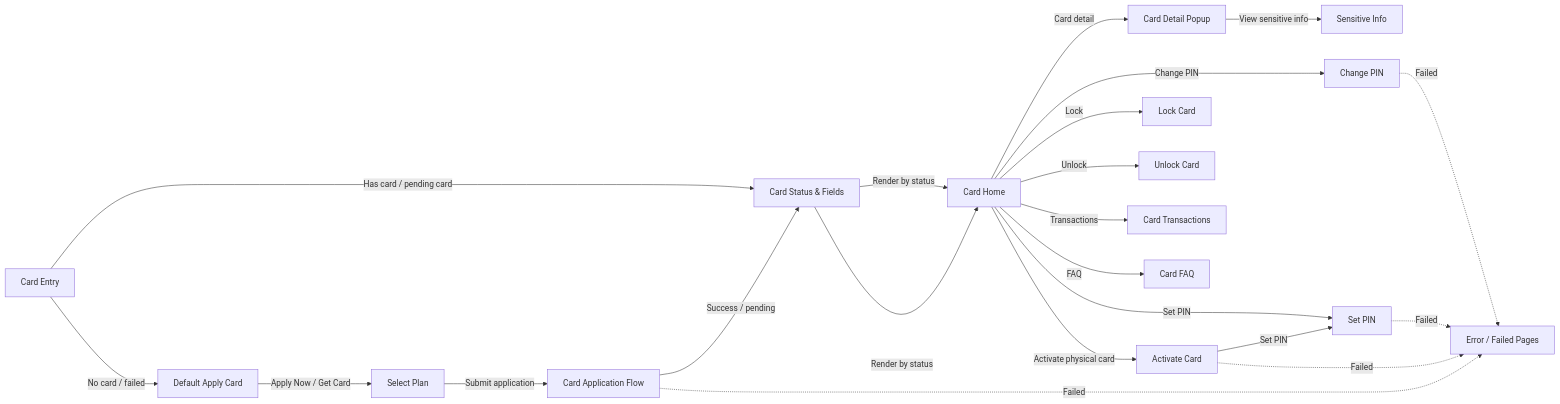
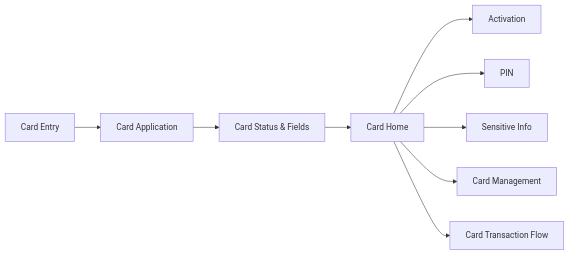
The diagram in knowledge-base/card/_index.md (kelvin381539960-cyber/prd-for-ai), drawn with Mermaid before and after one commit. The commit also changed other lines of this file, not shown here.

Commit message:
docs: mark card transaction flow active

````diff
--- a/knowledge-base/card/_index.md
+++ b/knowledge-base/card/_index.md
@@ -129,42 +75,21 @@
 ```mermaid
 flowchart LR
     Entry[Card Entry]
-    DefaultCard[Default Apply Card]
-    SelectPlan[Select Plan]
-    Application[Card Application Flow]
+    Application[Card Application]
     Status[Card Status & Fields]
-    CardHome[Card Home]
-    CardDetail[Card Detail Popup]
+    Home[Card Home]
+    Activation[Activation]
+    PIN[PIN]
     Sensitive[Sensitive Info]
-    Activation[Activate Card]
-    SetPIN[Set PIN]
-    ChangePIN[Change PIN]
-    Lock[Lock Card]
-    Unlock[Unlock Card]
-    Transactions[Card Transactions]
-    FAQ[Card FAQ]
-    Error[Error / Failed Pages]
+    Management[Card Management]
+    Txn[Card Transaction Flow]
 
-    Entry -->|No card / failed| DefaultCard
-    DefaultCard -->|Apply Now / Get Card| SelectPlan
-    SelectPlan -->|Submit application| Application
-    Application -->|Success / pending| Status
-    Status -->|Render by status| CardHome
-    Application -.->|Failed| Error
-
-    Entry -->|Has card / pending card| Status
-    Status -->|Render by status| CardHome
-    CardHome -->|Card detail| CardDetail
-    CardDetail -->|View sensitive info| Sensitive
-    CardHome -->|Activate physical card| Activation
-    Activation -->|Set PIN| SetPIN
-    CardHome -->|Set PIN| SetPIN
-    CardHome -->|Change PIN| ChangePIN
-    CardHome -->|Lock| Lock
-    CardHome -->|Unlock| Unlock
-    CardHome -->|Transactions| Transactions
-    CardHome -->|FAQ| FAQ
-    Activation -.->|Failed| Error
-    SetPIN -.->|Failed| Error
-    ChangePIN -.->|Failed| Error
+    Entry --> Application
+    Application --> Status
+    Status --> Home
+    Home --> Activation
+    Home --> PIN
+    Home --> Sensitive
+    Home --> Management
+    Home --> Txn
 ```
````
